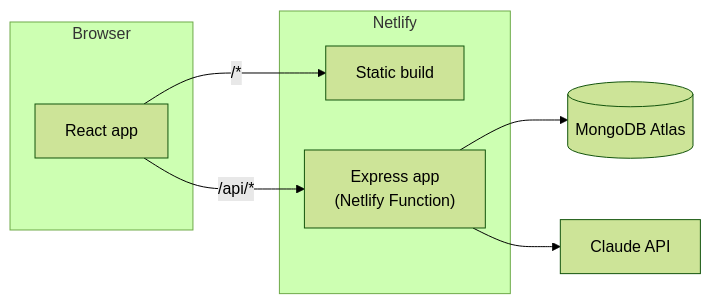
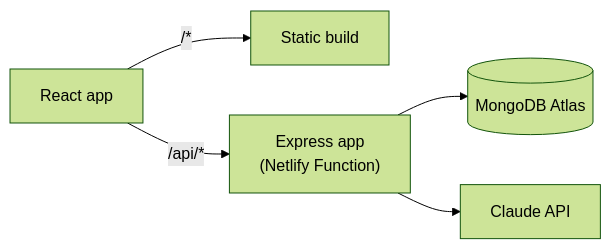
Before and after one commit to palakbansal3233/zamp-assignment: the diagram in README.md, drawn with Mermaid (forest theme). The commit also changed other lines of this file and 20 other files, not shown here.

````diff
--- a/README.md
+++ b/README.md
@@ -17,17 +54,7 @@
 ```mermaid
 flowchart LR
-    subgraph Browser
-        UI[React app]
-    end
-    subgraph Netlify
-        Static[Static build]
-        Fn["Express app\n(Netlify Function)"]
-    end
-    Atlas[(MongoDB Atlas)]
-    Claude[Claude API]
-
-    UI -- "/*" --> Static
-    UI -- "/api/*" --> Fn
-    Fn --> Atlas
-    Fn --> Claude
+    UI[React app] -- "/*" --> Static[Static build]
+    UI -- "/api/*" --> Fn["Express app<br/>(Netlify Function)"]
+    Fn --> Atlas[(MongoDB Atlas)]
+    Fn --> Claude[Claude API]
 ```
````
